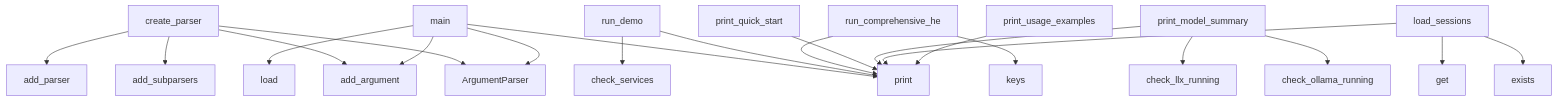
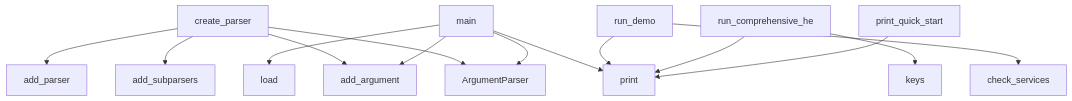
The diagram in project/context.md (semcod/llx), drawn with Mermaid before and after one commit. The commit also changed other lines of this file and 27 other files, not shown here.

````diff
--- a/project/context.md
+++ b/project/context.md
@@ -480,23 +508,16 @@
 ```mermaid
 graph TD
     create_parser --> ArgumentParser
     create_parser --> add_argument
     create_parser --> add_subparsers
     create_parser --> add_parser
     main --> ArgumentParser
     main --> add_argument
     main --> print
     main --> load
     run_demo --> print
     run_demo --> check_services
     run_comprehensive_he --> print
     run_comprehensive_he --> keys
     print_quick_start --> print
-    print_model_summary --> print
-    print_model_summary --> check_ollama_running
-    print_model_summary --> check_llx_running
-    load_sessions --> exists
-    load_sessions --> get
-    load_sessions --> print
-    print_usage_examples --> print
 ```
````
